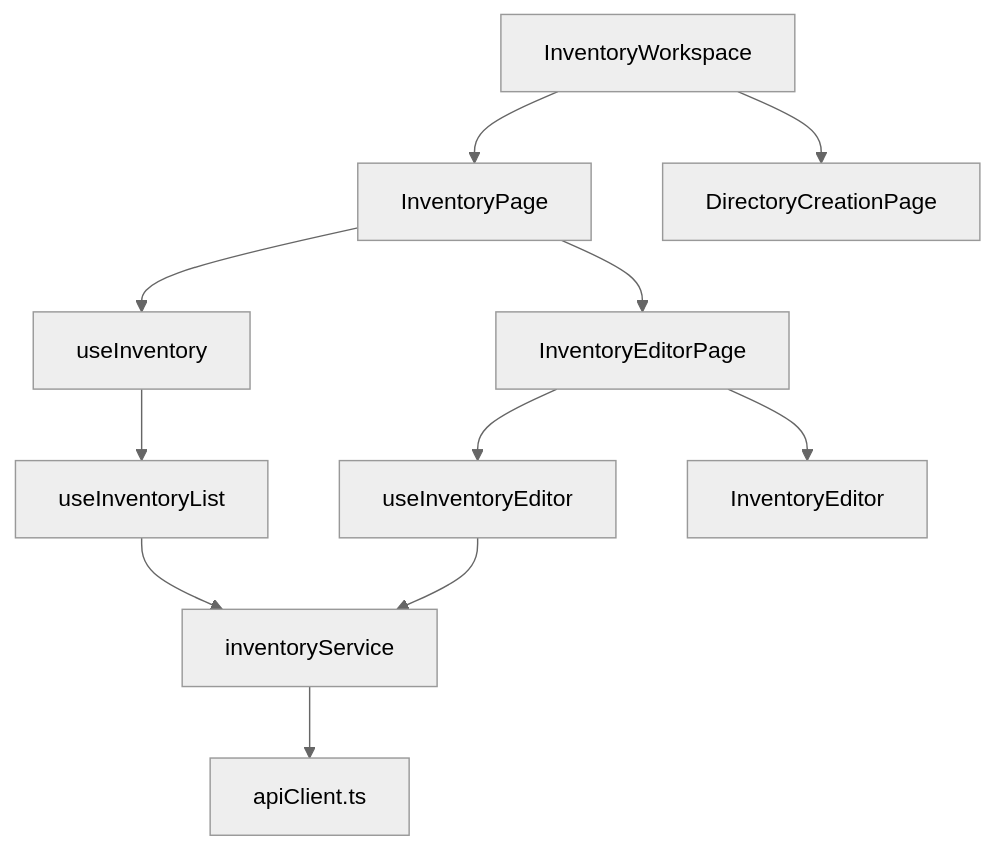
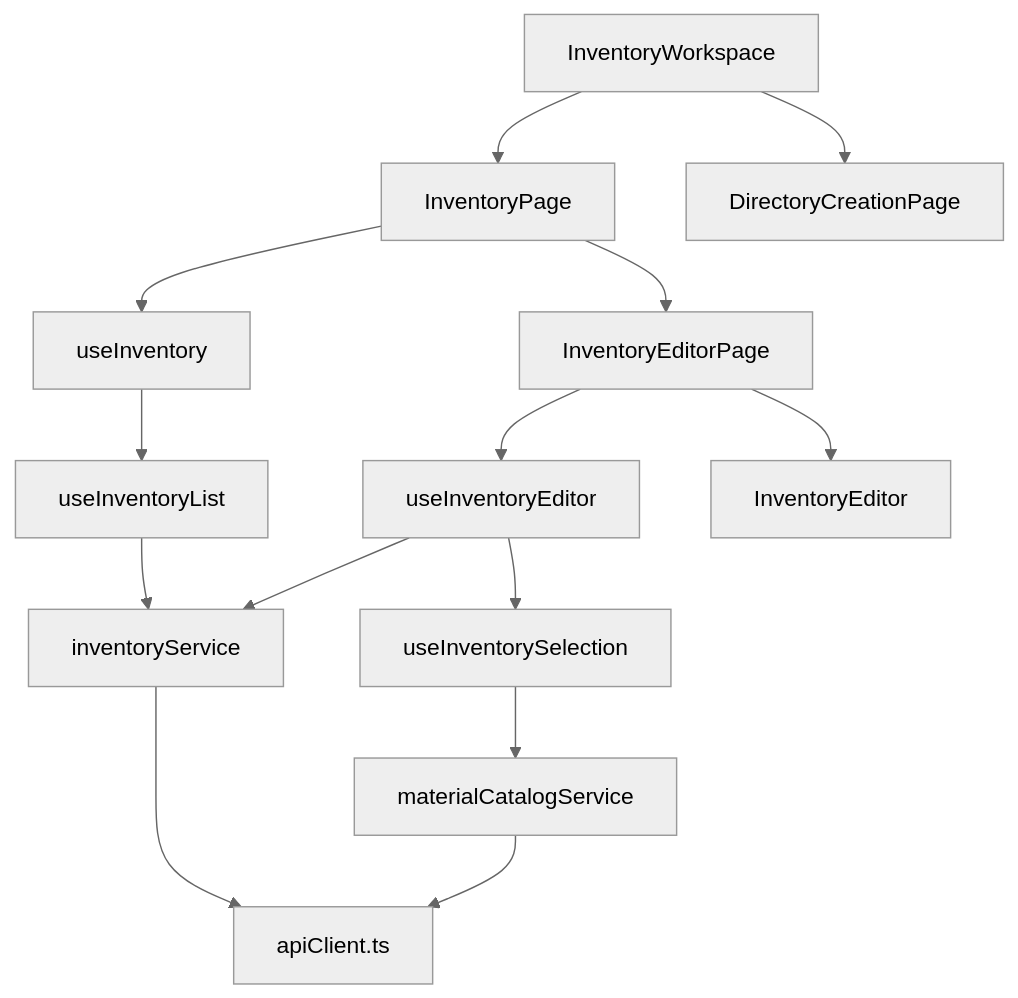
One commit to gpgsistemas01/nexus changed the first of 2 diagrams in front/docs/architecture/views/logical/components/02-inventory.md. Above: the diagram before and after it, drawn with Mermaid (neutral theme). The commit also changed other lines of this file and 89 other files, not shown here.

Commit message:
feat: manage material catalog and reuse inventory registration flows

````diff
--- a/front/docs/architecture/views/logical/components/02-inventory.md
+++ b/front/docs/architecture/views/logical/components/02-inventory.md
@@ -7,23 +7,28 @@
 ```mermaid
 flowchart TB
     workspace["InventoryWorkspace"]
     page["InventoryPage"]
     auxiliary["DirectoryCreationPage"]
     inventory["useInventory"]
     list["useInventoryList"]
     editorPage["InventoryEditorPage"]
     editor["useInventoryEditor"]
     form["InventoryEditor"]
     service["inventoryService"]
+    selection["useInventorySelection"]
+    catalog["materialCatalogService"]
     http["apiClient.ts"]
     workspace --> page
     workspace --> auxiliary
     page --> inventory
     page --> editorPage
     inventory --> list
     list --> service
     editorPage --> editor
     editorPage --> form
     editor --> service
+    editor --> selection
+    selection --> catalog
+    catalog --> http
     service --> http
 ```
````
